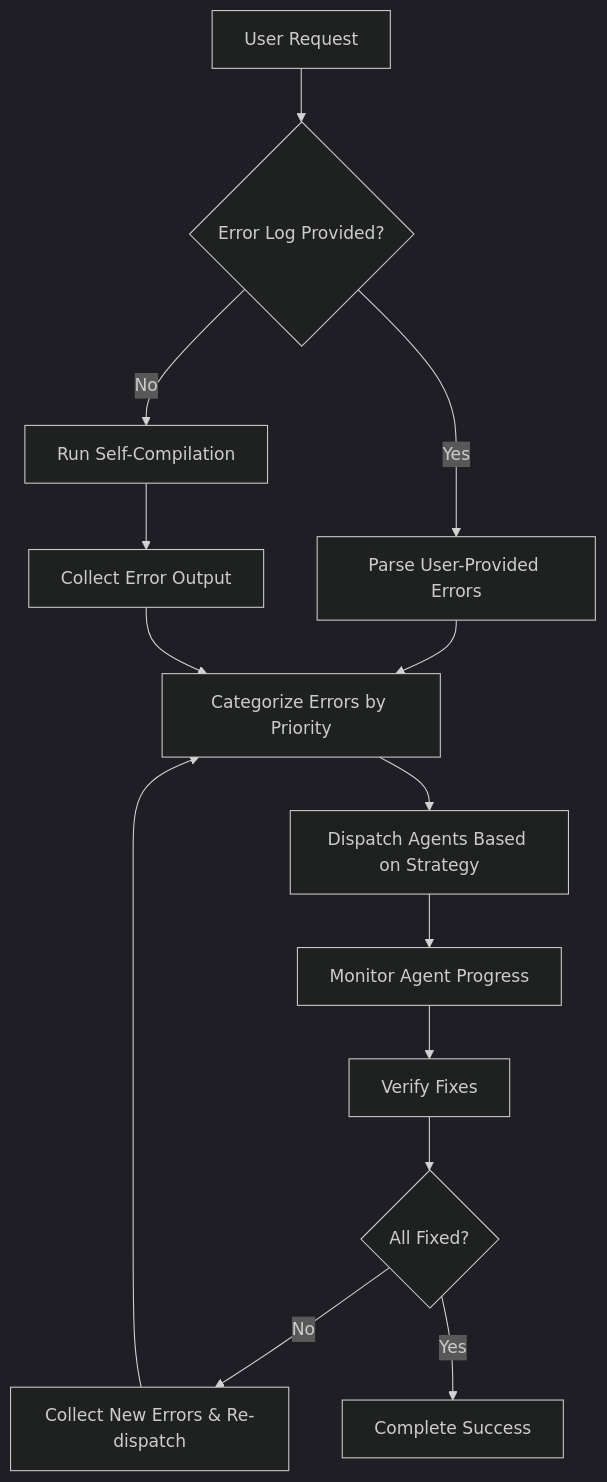
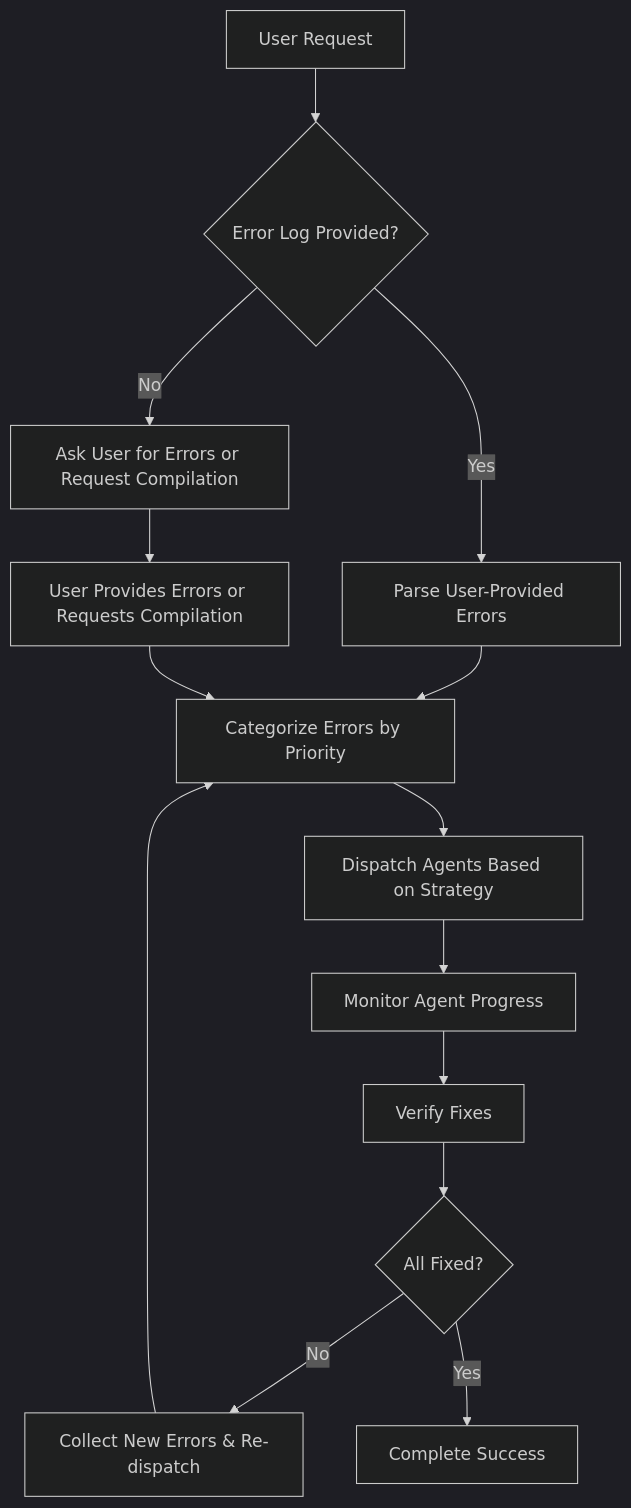
The diagram in CLAUDE.md (wenming-ma/kicad-source-mirror), drawn with Mermaid (dark theme) before and after one commit. The commit also changed other lines of this file and 32 other files, not shown here.

````diff
--- a/CLAUDE.md
+++ b/CLAUDE.md
@@ -242,16 +238,16 @@
 ```mermaid
 graph TD
     A[User Request] --> B{Error Log Provided?}
     B -->|Yes| C[Parse User-Provided Errors]
-    B -->|No| D[Run Self-Compilation]
-    D --> E[Collect Error Output]
+    B -->|No| D[Ask User for Errors or Request Compilation]
+    D --> E[User Provides Errors or Requests Compilation]
     C --> F[Categorize Errors by Priority]
     E --> F
     F --> G[Dispatch Agents Based on Strategy]
     G --> H[Monitor Agent Progress]
     H --> I[Verify Fixes]
     I --> J{All Fixed?}
     J -->|No| K[Collect New Errors & Re-dispatch]
     J -->|Yes| L[Complete Success]
     K --> F
 ```
````
